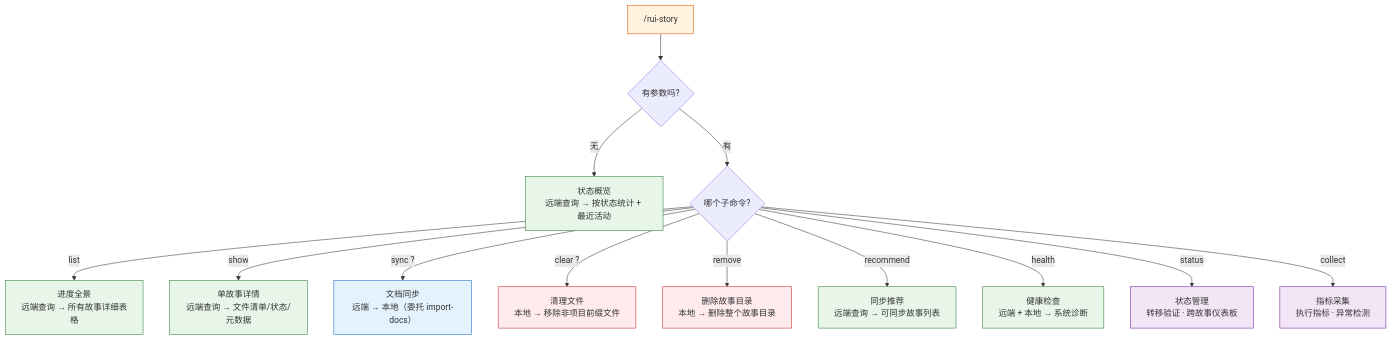
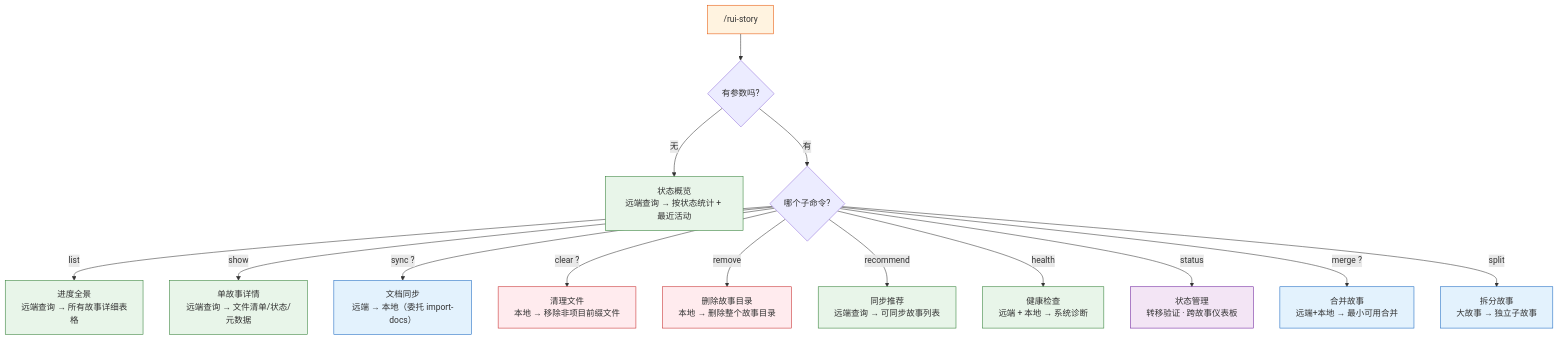
One commit to effiy/YrY changed the first of 17 diagrams in skills/rui-story/SKILL.md. Above: the diagram before and after it, drawn with Mermaid. The commit also changed other lines of this file and 8 other files, not shown here.

````diff
--- a/skills/rui-story/SKILL.md
+++ b/skills/rui-story/SKILL.md
@@ -20,21 +20,22 @@
 ```mermaid
 flowchart TD
     ENTRY["/rui-story"]:::entry --> Q1{"有参数吗?"}
     Q1 -->|"无"| OVERVIEW["状态概览<br/>远端查询 → 按状态统计 + 最近活动"]:::read
     Q1 -->|"有"| Q2{"哪个子命令?"}
     Q2 -->|"list"| LIST["进度全景<br/>远端查询 → 所有故事详细表格"]:::read
     Q2 -->|"show <name>"| SHOW["单故事详情<br/>远端查询 → 文件清单/状态/元数据"]:::read
     Q2 -->|"sync <name>?"| SYNC["文档同步<br/>远端 → 本地（委托 import-docs）"]:::write
     Q2 -->|"clear <name>?"| CLEAR["清理文件<br/>本地 → 移除非项目前缀文件"]:::danger
     Q2 -->|"remove <name>"| REMOVE["删除故事目录<br/>本地 → 删除整个故事目录"]:::danger
     Q2 -->|"recommend"| RECOMMEND["同步推荐<br/>远端查询 → 可同步故事列表"]:::read
     Q2 -->|"health"| HEALTH["健康检查<br/>远端 + 本地 → 系统诊断"]:::read
     Q2 -->|"status"| STATUS["状态管理<br/>转移验证 · 跨故事仪表板"]:::diag
-    Q2 -->|"collect"| COLLECT["指标采集<br/>执行指标 · 异常检测"]:::diag
+    Q2 -->|"merge <name>?"| MERGE["合并故事<br/>远端+本地 → 最小可用合并"]:::write
+    Q2 -->|"split <name>"| SPLIT["拆分故事<br/>大故事 → 独立子故事"]:::write
 
     classDef entry fill:#fff3e0,stroke:#e65100;
     classDef read fill:#e8f5e9,stroke:#2e7d32;
     classDef write fill:#e3f2fd,stroke:#1565c0;
     classDef danger fill:#ffebee,stroke:#c62828;
     classDef diag fill:#f3e5f5,stroke:#6a1b9a;
 ```
````
